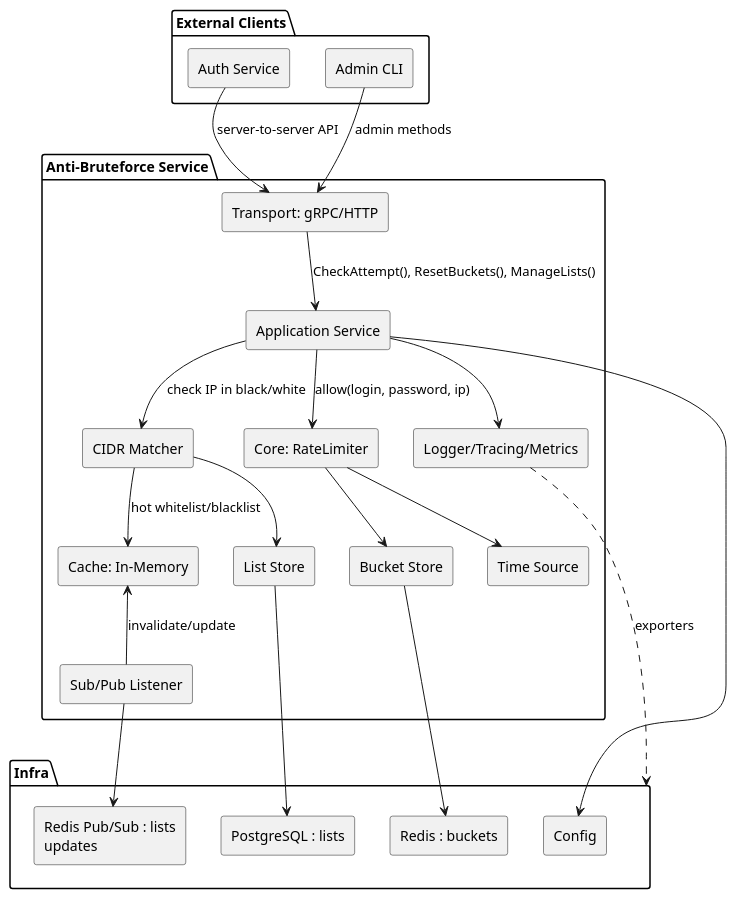
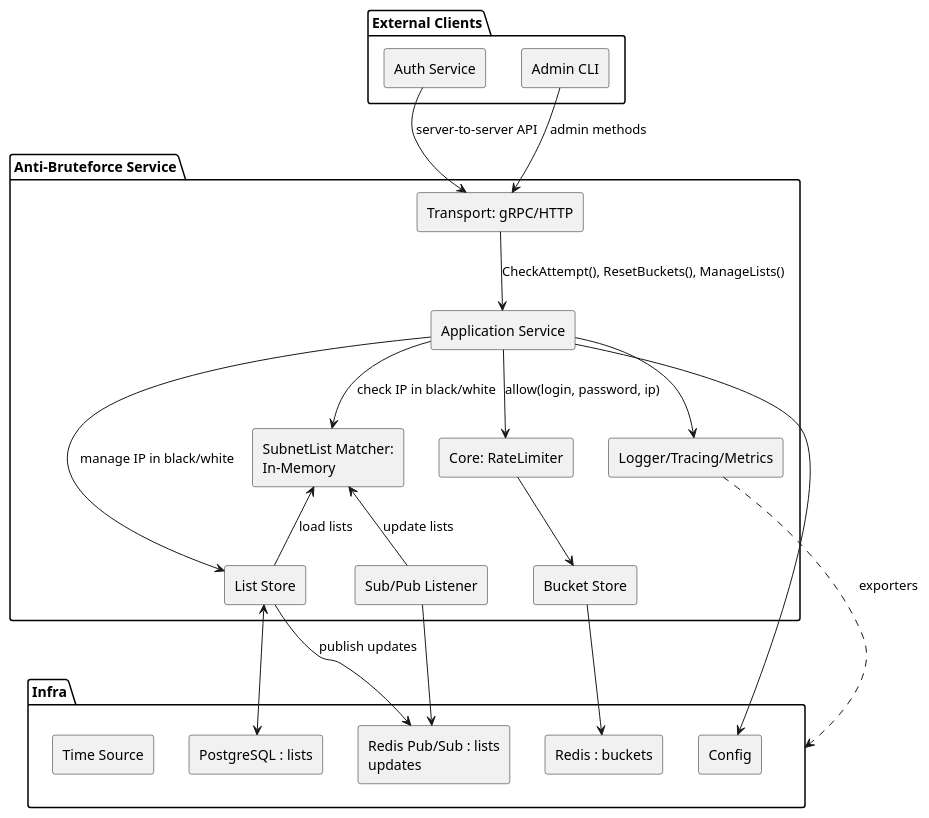
Before and after one commit to Alexandr-Snisarenko/Otus-Anti-bruteforce: the diagram in docs/architecture/anti-bruteforce-components.puml, drawn with PlantUML. The commit also changed other lines of this file and 12 other files, not shown here.

```diff
--- a/docs/architecture/anti-bruteforce-components.puml
+++ b/docs/architecture/anti-bruteforce-components.puml
@@ -5,49 +1,48 @@
 @startuml AntiBruteforceComponents
 skinparam componentStyle rectangle
 skinparam WrapWidth 180
 skinparam DefaultFontName Monospace
 
 package "Anti‑Bruteforce Service" {
   [Transport: gRPC/HTTP]
   [Application Service]
   [Core: RateLimiter]
-  [CIDR Matcher]
-  [Cache: In‑Memory]
+  [SubnetList Matcher: In‑Memory]
   [Logger/Tracing/Metrics]
 
   [Transport: gRPC/HTTP] --> [Application Service] : CheckAttempt(), ResetBuckets(), ManageLists()
   [Application Service] --> [Core: RateLimiter] : allow(login, password, ip)
-  [Application Service] --> [CIDR Matcher] : check IP in black/white
+  [Application Service] -->  [SubnetList Matcher: In‑Memory] : check IP in black/white
+  [Application Service] --> [List Store] : manage IP in black/white
   [Application Service] --> [Logger/Tracing/Metrics]
 
   [Core: RateLimiter] --> [Bucket Store]
-  [Core: RateLimiter] --> [Time Source]
 
-  [CIDR Matcher] --> [List Store]
-  [CIDR Matcher] --> [Cache: In‑Memory] : hot whitelist/blacklist
-  [Cache: In‑Memory] <-down- [Sub/Pub Listener] : invalidate/update
+  [SubnetList Matcher: In‑Memory] <-down- [Sub/Pub Listener] : update lists
+  [SubnetList Matcher: In‑Memory] <-- [List Store] : load lists
 }
 
 package "Infra" {
   [PostgreSQL : lists]
   [Redis : buckets]
   [Redis Pub/Sub : lists updates]
   [Config]
   [Time Source]
 }
 
 [Bucket Store] --> [Redis : buckets]
-[List Store] --> [PostgreSQL : lists]
+[List Store] <--> [PostgreSQL : lists]
+[List Store] --> [Redis Pub/Sub : lists updates] : publish updates
 [Sub/Pub Listener] --> [Redis Pub/Sub : lists updates]
 [Application Service] --> [Config]
 [Logger/Tracing/Metrics] ..> [Infra] : exporters
 
 package "External Clients" {
   [Auth Service] as Client
   [Admin CLI]
 }
 
 Client --> [Transport: gRPC/HTTP] : server‑to‑server API
 [Admin CLI] --> [Transport: gRPC/HTTP] : admin methods
 
 @enduml
```
